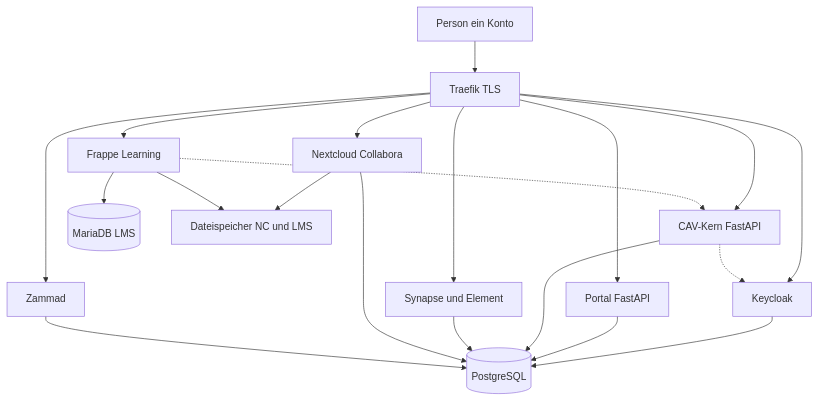
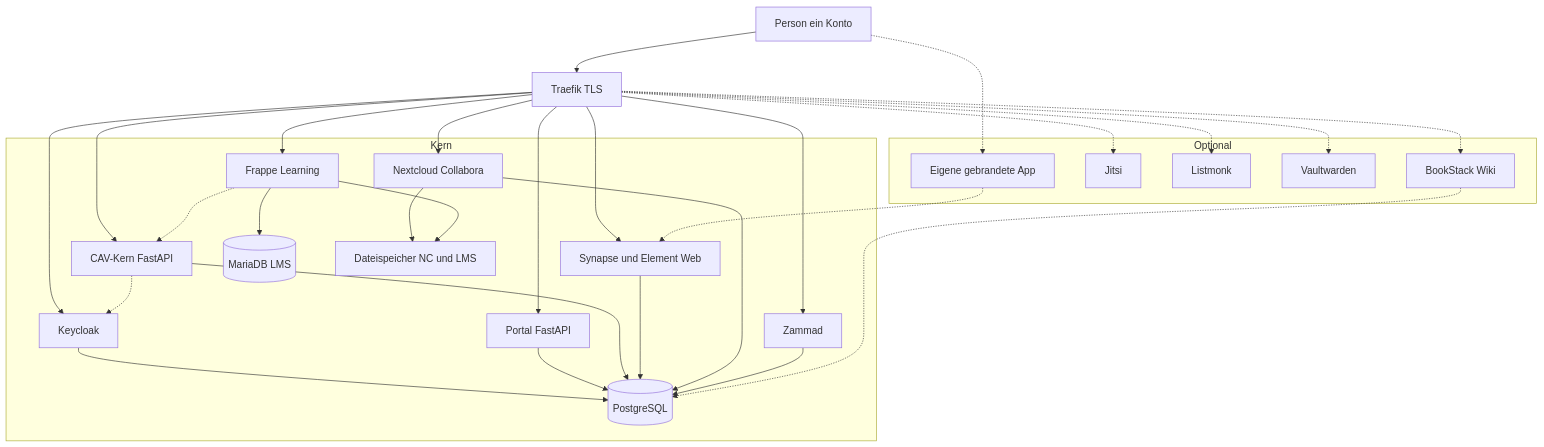
The diagram in docs/architektur.md (bonzei123/aeneas_planung), drawn with Mermaid before and after one commit. The commit also changed other lines of this file and 4 other files, not shown here.

````diff
--- a/docs/architektur.md
+++ b/docs/architektur.md
@@ -5,35 +5,54 @@
 ```mermaid
 flowchart TB
   person[Person ein Konto]
   proxy[Traefik TLS]
-  kc[Keycloak]
-  portal[Portal FastAPI]
-  cav[CAV-Kern FastAPI]
-  mx[Synapse und Element]
-  nc[Nextcloud Collabora]
-  za[Zammad]
-  lms[Frappe Learning]
-  pg[(PostgreSQL)]
-  mdb[(MariaDB LMS)]
-  files[Dateispeicher NC und LMS]
+
+  subgraph kern["Kern"]
+    kc[Keycloak]
+    portal[Portal FastAPI]
+    cav[CAV-Kern FastAPI]
+    mx[Synapse und Element Web]
+    nc[Nextcloud Collabora]
+    za[Zammad]
+    lms[Frappe Learning]
+    pg[(PostgreSQL)]
+    mdb[(MariaDB LMS)]
+    files[Dateispeicher NC und LMS]
+  end
+
+  subgraph opt["Optional"]
+    wiki[BookStack Wiki]
+    meet[Jitsi]
+    news[Listmonk]
+    passw[Vaultwarden]
+    app[Eigene gebrandete App]
+  end
 
   person --> proxy
   proxy --> kc
   proxy --> portal
   proxy --> cav
   proxy --> mx
   proxy --> nc
   proxy --> za
   proxy --> lms
   kc --> pg
   portal --> pg
   cav --> pg
   mx --> pg
   nc --> pg
   za --> pg
   lms --> mdb
   nc --> files
   lms --> files
   lms -.-> cav
   cav -.-> kc
+
+  proxy -.-> wiki
+  proxy -.-> meet
+  proxy -.-> news
+  proxy -.-> passw
+  wiki -.-> pg
+  person -.-> app
+  app -.-> mx
 ```
````
